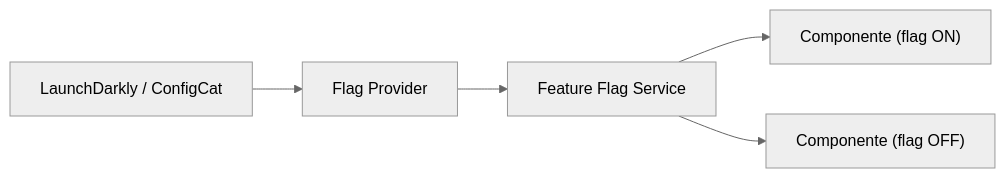
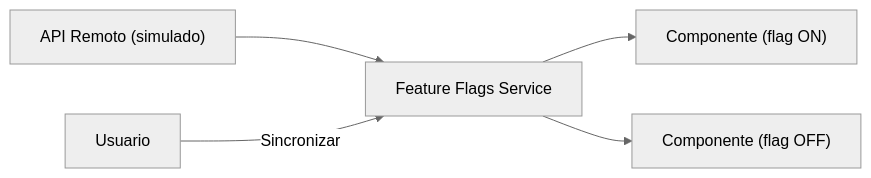
Before and after one commit to edgardo001/angular-mastery-roadmap: the diagram in 42-feature-flags/README.md, drawn with Mermaid (neutral theme). The commit also changed other lines of this file and 6 other files, not shown here.

First line of the commit message:
feat(42): add simulated remote API for feature flags

````diff
--- a/42-feature-flags/README.md
+++ b/42-feature-flags/README.md
@@ -14,7 +13,7 @@
 ```mermaid
 flowchart LR
-    LD["LaunchDarkly / ConfigCat"] --> PROV["Flag Provider"]
-    PROV --> SVC["Feature Flag Service"]
+    API["API Remoto (simulado)"] --> SVC["Feature Flags Service"]
     SVC --> CMP_A["Componente (flag ON)"]
     SVC --> CMP_B["Componente (flag OFF)"]
+    USER["Usuario"] -->|"Sincronizar"| SVC
 ```
````
